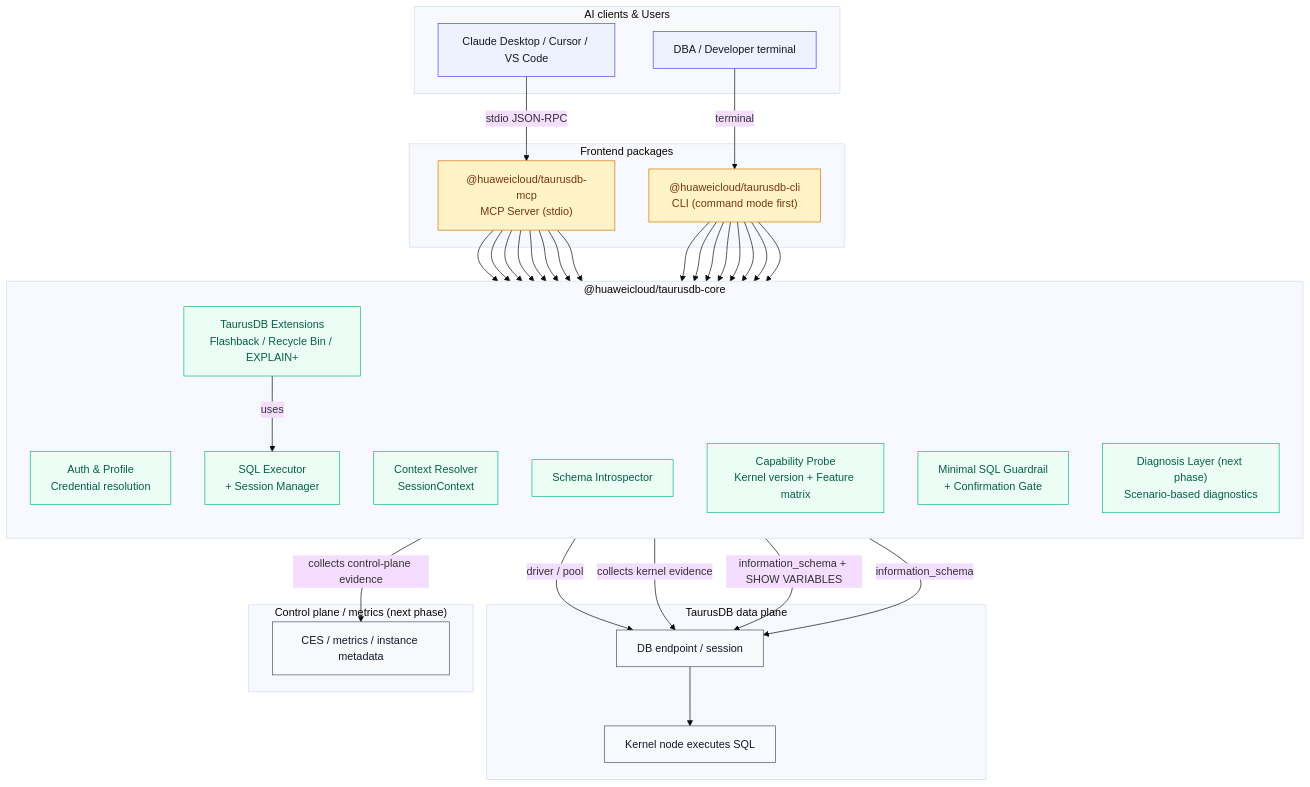
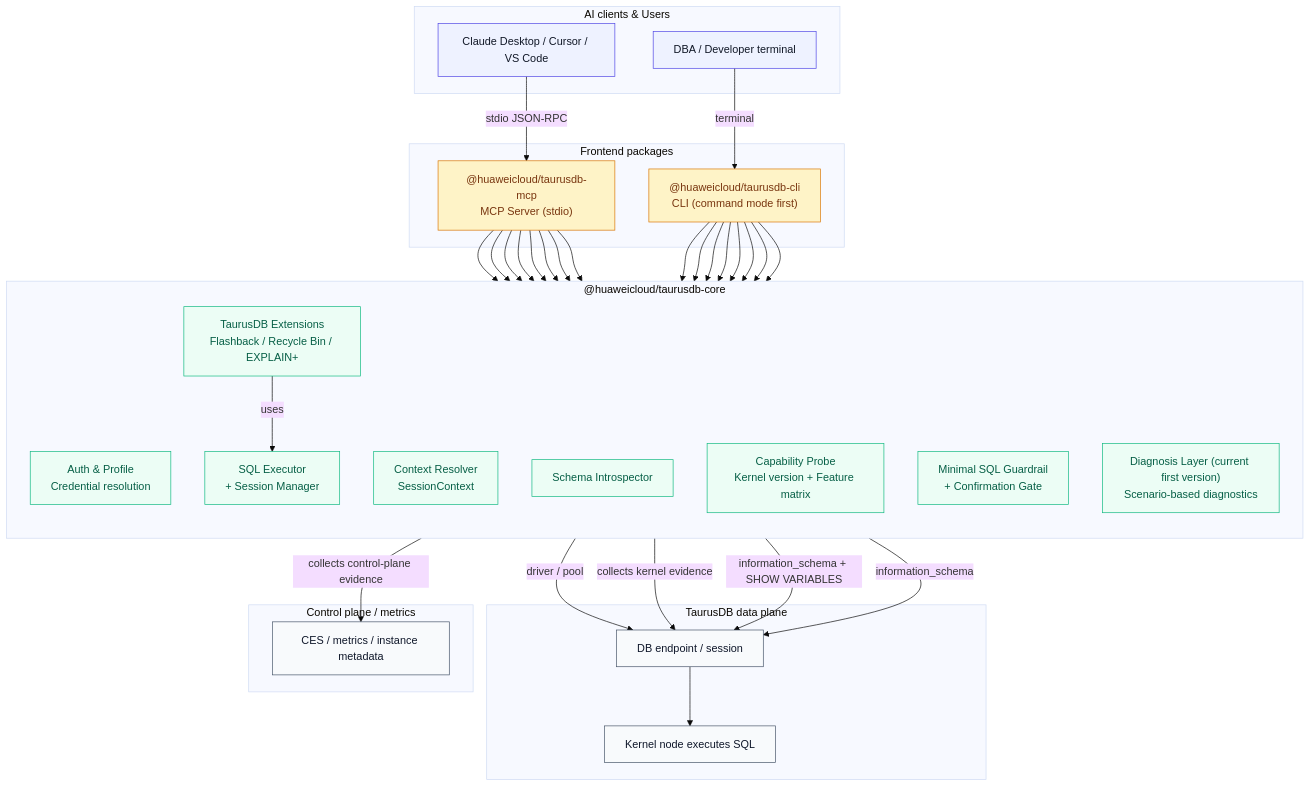
The first of 6 diagrams in docs/architecture.md (youweichen0208/taurus-mcp-server), drawn with Mermaid (base theme) before and after one commit. The commit also changed other lines of this file and 4 other files, not shown here.

````diff
--- a/docs/architecture.md
+++ b/docs/architecture.md
@@ -172,66 +172,66 @@
 ```mermaid
 flowchart TB
   classDef client fill:#EEF2FF,stroke:#4F46E5,color:#111827;
   classDef frontend fill:#FEF3C7,stroke:#D97706,color:#78350F;
   classDef core fill:#ECFDF5,stroke:#10B981,color:#065F46;
   classDef data fill:#F8FAFC,stroke:#475569,color:#0F172A;
 
   subgraph Clients["AI clients & Users"]
     C1["Claude Desktop / Cursor / VS Code"]:::client
     C2["DBA / Developer terminal"]:::client
   end
 
   subgraph Frontends["Frontend packages"]
     MCP["@huaweicloud/taurusdb-mcp<br/>MCP Server (stdio)"]:::frontend
     CLI["@huaweicloud/taurusdb-cli<br/>CLI (command mode first)"]:::frontend
   end
 
   subgraph Core["@huaweicloud/taurusdb-core"]
     direction TB
     AUTH["Auth & Profile<br/>Credential resolution"]:::core
     CTX["Context Resolver<br/>SessionContext"]:::core
     SCH["Schema Introspector"]:::core
     CAP["Capability Probe<br/>Kernel version + Feature matrix"]:::core
     SAFE["Minimal SQL Guardrail<br/>+ Confirmation Gate"]:::core
     EXEC["SQL Executor<br/>+ Session Manager"]:::core
     TAURUS["TaurusDB Extensions<br/>Flashback / Recycle Bin / EXPLAIN+"]:::core
-    DIAG["Diagnosis Layer (next phase)<br/>Scenario-based diagnostics"]:::core
+    DIAG["Diagnosis Layer (current first version)<br/>Scenario-based diagnostics"]:::core
   end
 
   subgraph DataPlane["TaurusDB data plane"]
     DB["DB endpoint / session"]:::data
     KERNEL["Kernel node executes SQL"]:::data
   end
 
-  subgraph ControlPlane["Control plane / metrics (next phase)"]
+  subgraph ControlPlane["Control plane / metrics"]
     METRICS["CES / metrics / instance metadata"]:::data
   end
 
   C1 -->|"stdio JSON-RPC"| MCP
   C2 -->|"terminal"| CLI
 
   MCP --> AUTH
   MCP --> CTX
   MCP --> SCH
   MCP --> CAP
   MCP --> SAFE
   MCP --> EXEC
   MCP --> TAURUS
   MCP --> DIAG
 
   CLI --> AUTH
   CLI --> CTX
   CLI --> SCH
   CLI --> CAP
   CLI --> SAFE
   CLI --> EXEC
   CLI --> TAURUS
   CLI --> DIAG
 
   EXEC -->|"driver / pool"| DB --> KERNEL
   TAURUS -->|"uses"| EXEC
   DIAG -->|"collects kernel evidence"| DB
   DIAG -->|"collects control-plane evidence"| METRICS
   CAP -->|"information_schema + SHOW VARIABLES"| DB
   SCH -->|"information_schema"| DB
 ```
````
